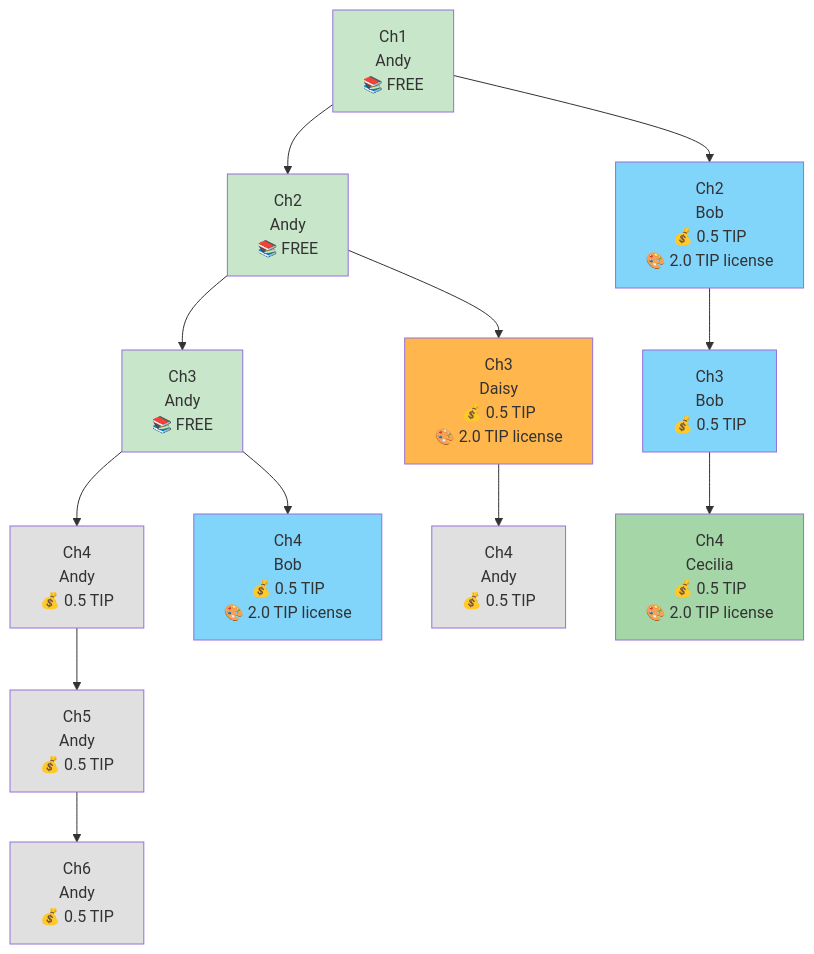
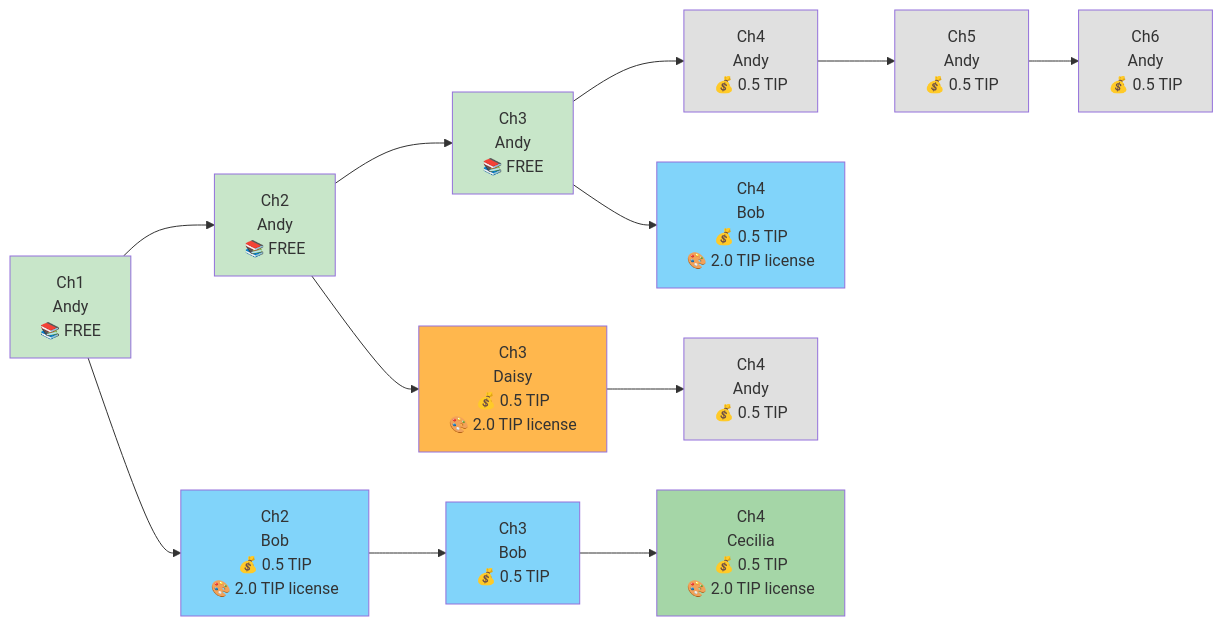
The first of 5 diagrams in docs/product/COLLABORATIVE_STORYTELLING.md (AndyBoWu/storyhouse-vip), drawn with Mermaid before and after one commit.

Commit message:
📐 Update story paths to horizontal layout with Andy's main timeline
- Change flowchart back to LR (Left to Right) for horizontal flow
- Andy's chapters (Ch1-Ch6) now flow perfectly horizontal from left to right
- Branches diverge downward from Andy's main timeline
- Matches the visual reference with horizontal main storyline
- Maintains color coding and pricing information for all paths

````diff
--- a/docs/product/COLLABORATIVE_STORYTELLING.md
+++ b/docs/product/COLLABORATIVE_STORYTELLING.md
@@ -46,35 +46,35 @@
 ```mermaid
-flowchart TD
-    %% Main Andy storyline - perfectly horizontal
+flowchart LR
+    %% Main Andy storyline - perfectly horizontal left to right
     Ch1["Ch1<br/>Andy<br/>📚 FREE"] --> Ch2["Ch2<br/>Andy<br/>📚 FREE"]
     Ch2 --> Ch3["Ch3<br/>Andy<br/>📚 FREE"]
     Ch3 --> Ch4["Ch4<br/>Andy<br/>💰 0.5 TIP"]
     Ch4 --> Ch5["Ch5<br/>Andy<br/>💰 0.5 TIP"]
     Ch5 --> Ch6["Ch6<br/>Andy<br/>💰 0.5 TIP"]
     
     %% Branch from Ch1 - Bob takes over at Ch2
     Ch1 --> Ch2B["Ch2<br/>Bob<br/>💰 0.5 TIP<br/>🎨 2.0 TIP license"]
     Ch2B --> Ch3B["Ch3<br/>Bob<br/>💰 0.5 TIP"]
     Ch3B --> Ch4C["Ch4<br/>Cecilia<br/>💰 0.5 TIP<br/>🎨 2.0 TIP license"]
     
     %% Branch from Ch2 - Daisy takes over at Ch3
     Ch2 --> Ch3D["Ch3<br/>Daisy<br/>💰 0.5 TIP<br/>🎨 2.0 TIP license"]
     Ch3D --> Ch4D["Ch4<br/>Andy<br/>💰 0.5 TIP"]
     
     %% Branch from Ch3 - Bob's alternative Ch4
     Ch3 --> Ch4B["Ch4<br/>Bob<br/>💰 0.5 TIP<br/>🎨 2.0 TIP license"]
     
     %% Styling to match the visual reference
     style Ch1 fill:#c8e6c9
     style Ch2 fill:#c8e6c9  
     style Ch3 fill:#c8e6c9
     style Ch4 fill:#e0e0e0
     style Ch5 fill:#e0e0e0
     style Ch6 fill:#e0e0e0
     style Ch2B fill:#81d4fa
     style Ch3B fill:#81d4fa
     style Ch4C fill:#a5d6a7
     style Ch3D fill:#ffb74d
     style Ch4D fill:#e0e0e0
     style Ch4B fill:#81d4fa
 ```
````
